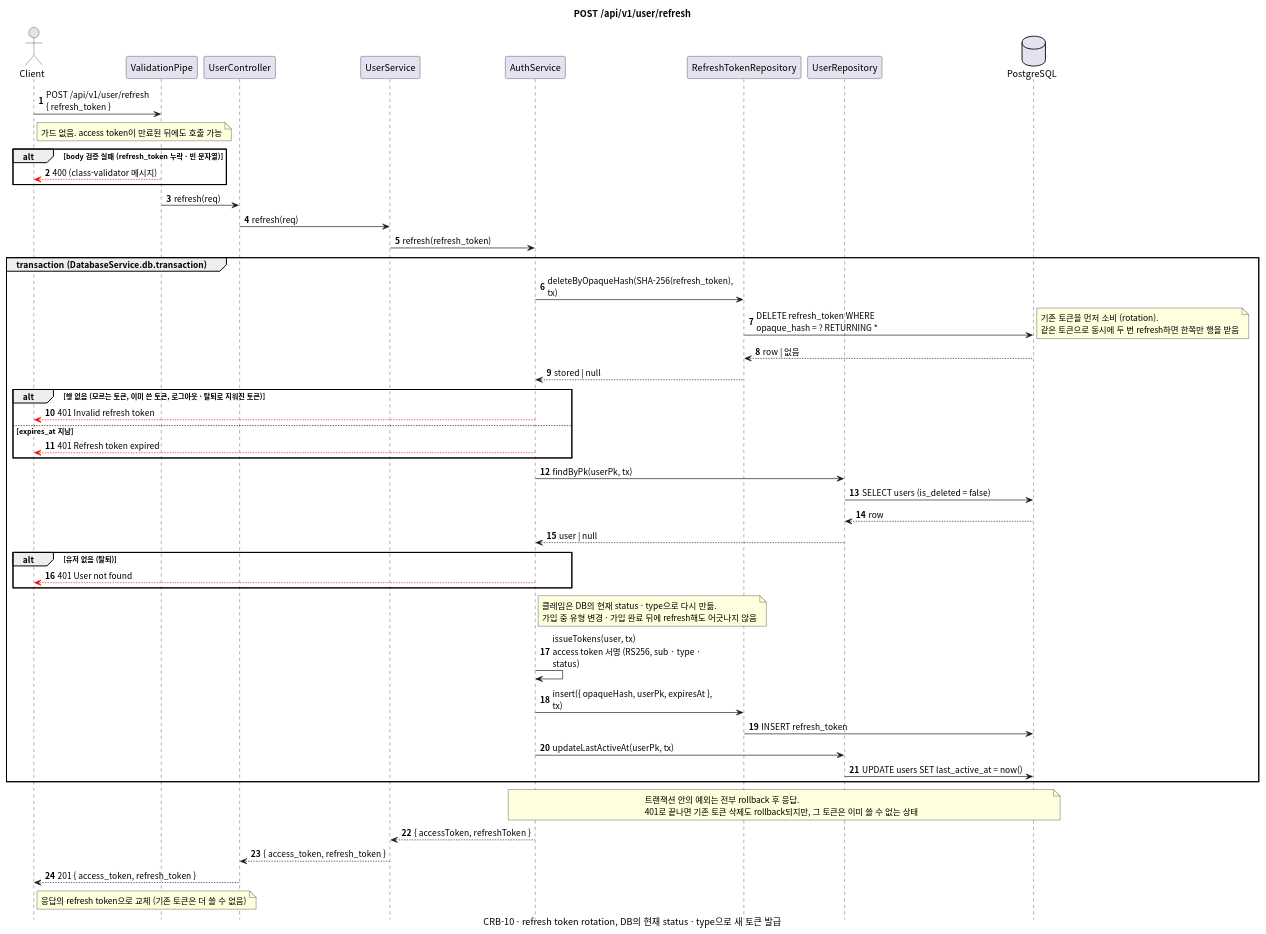
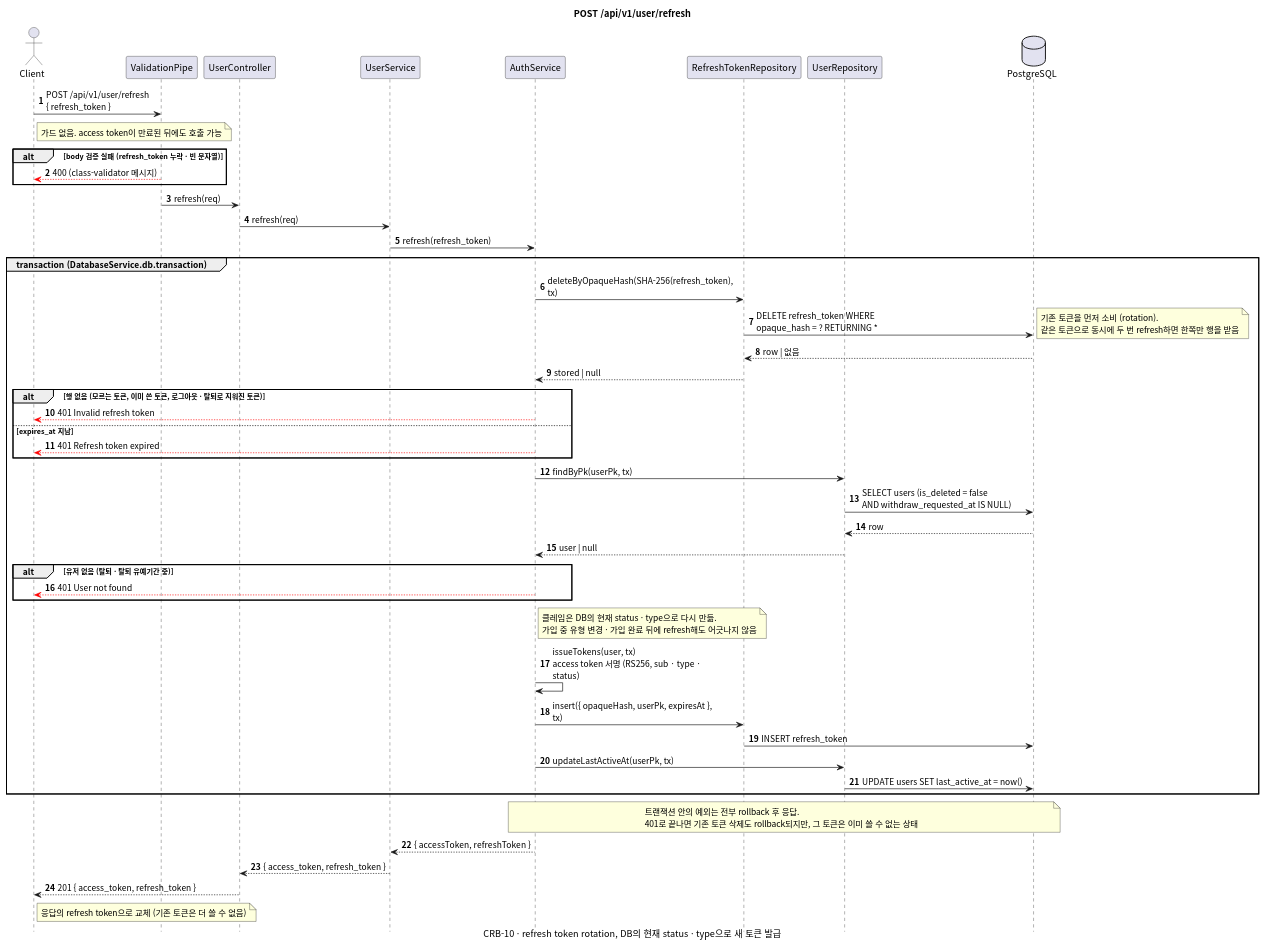
One commit to gsainfoteam/cheers-be changed the diagram in docs/sequence/user/post-refresh.puml. Above: the diagram before and after it, drawn with PlantUML. The commit also changed 5 other files, not shown here.

Commit message:
- docs: update user sequence diagrams for withdrawal grace period

```diff
--- a/docs/sequence/user/post-refresh.puml
+++ b/docs/sequence/user/post-refresh.puml
@@ -1,75 +1,75 @@
 @startuml post-refresh
 skinparam defaultFontName "Apple SD Gothic Neo", "Noto Sans CJK KR", sans-serif
 skinparam responseMessageBelowArrow true
 skinparam sequenceMessageAlign left
 skinparam maxMessageSize 260
 skinparam BoxPadding 8
 skinparam shadowing false
 autonumber
 hide footbox
 
 title POST /api/v1/user/refresh
 caption CRB-10 · refresh token rotation, DB의 현재 status · type으로 새 토큰 발급
 
 actor Client
 participant "ValidationPipe" as Pipe
 participant "UserController" as Controller
 participant "UserService" as Service
 participant "AuthService" as AuthService
 participant "RefreshTokenRepository" as RefreshTokenRepository
 participant "UserRepository" as UserRepository
 database PostgreSQL
 
 Client -> Pipe: POST /api/v1/user/refresh\n{ refresh_token }
 note right of Client: 가드 없음. access token이 만료된 뒤에도 호출 가능
 alt body 검증 실패 (refresh_token 누락 · 빈 문자열)
   Pipe -[#red]-> Client: 400 (class-validator 메시지)
 end
 Pipe -> Controller: refresh(req)
 Controller -> Service: refresh(req)
 Service -> AuthService: refresh(refresh_token)
 
 group transaction (DatabaseService.db.transaction)
   AuthService -> RefreshTokenRepository: deleteByOpaqueHash(SHA-256(refresh_token), tx)
   RefreshTokenRepository -> PostgreSQL: DELETE refresh_token WHERE opaque_hash = ? RETURNING *
   note right
     기존 토큰을 먼저 소비 (rotation).
     같은 토큰으로 동시에 두 번 refresh하면 한쪽만 행을 받음
   end note
   PostgreSQL --> RefreshTokenRepository: row | 없음
   RefreshTokenRepository --> AuthService: stored | null
   alt 행 없음 (모르는 토큰, 이미 쓴 토큰, 로그아웃 · 탈퇴로 지워진 토큰)
     AuthService -[#red]-> Client: 401 Invalid refresh token
   else expires_at 지남
     AuthService -[#red]-> Client: 401 Refresh token expired
   end
 
   AuthService -> UserRepository: findByPk(userPk, tx)
-  UserRepository -> PostgreSQL: SELECT users (is_deleted = false)
+  UserRepository -> PostgreSQL: SELECT users (is_deleted = false\nAND withdraw_requested_at IS NULL)
   PostgreSQL --> UserRepository: row
   UserRepository --> AuthService: user | null
-  alt 유저 없음 (탈퇴)
+  alt 유저 없음 (탈퇴 · 탈퇴 유예기간 중)
     AuthService -[#red]-> Client: 401 User not found
   end
   note right of AuthService
     클레임은 DB의 현재 status · type으로 다시 만듦.
     가입 중 유형 변경 · 가입 완료 뒤에 refresh해도 어긋나지 않음
   end note
 
   AuthService -> AuthService: issueTokens(user, tx)\naccess token 서명 (RS256, sub · type · status)
   AuthService -> RefreshTokenRepository: insert({ opaqueHash, userPk, expiresAt }, tx)
   RefreshTokenRepository -> PostgreSQL: INSERT refresh_token
   AuthService -> UserRepository: updateLastActiveAt(userPk, tx)
   UserRepository -> PostgreSQL: UPDATE users SET last_active_at = now()
 end
 note over AuthService, PostgreSQL
   트랜잭션 안의 예외는 전부 rollback 후 응답.
   401로 끝나면 기존 토큰 삭제도 rollback되지만, 그 토큰은 이미 쓸 수 없는 상태
 end note
 
 AuthService --> Service: { accessToken, refreshToken }
 Service --> Controller: { access_token, refresh_token }
 Controller --> Client: 201 { access_token, refresh_token }
 note right of Client: 응답의 refresh token으로 교체 (기존 토큰은 더 쓸 수 없음)
 
 @enduml
```
